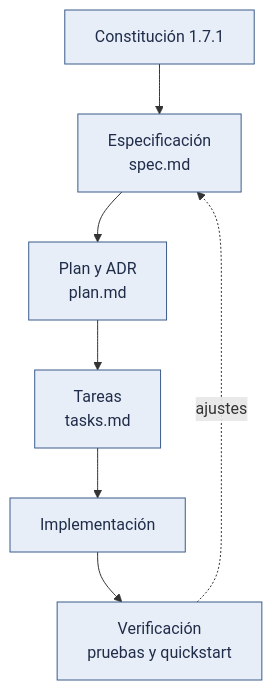
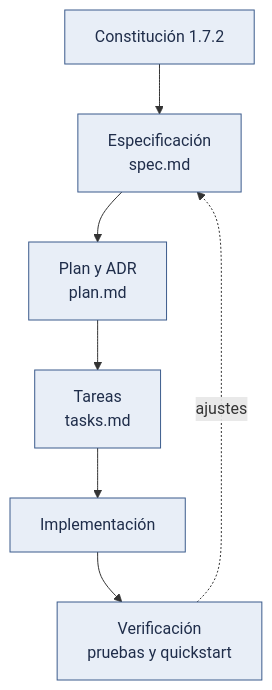
Before and after one commit to semcham/proyecto-final-barberia-ayacucho: the diagram in docs/05-gestion/03-sdd-spec-kit.md, drawn with Mermaid. The commit also changed other lines of this file and 6 other files, not shown here.

````diff
--- a/docs/05-gestion/03-sdd-spec-kit.md
+++ b/docs/05-gestion/03-sdd-spec-kit.md
@@ -14,16 +14,16 @@
 ```mermaid
 flowchart TB
-    A["Constitución 1.7.1"] --> B["Especificación<br/>spec.md"]
+    A["Constitución 1.7.2"] --> B["Especificación<br/>spec.md"]
     B --> C["Plan y ADR<br/>plan.md"]
     C --> D["Tareas<br/>tasks.md"]
     D --> E["Implementación"]
     E --> F["Verificación<br/>pruebas y quickstart"]
     F -.->|"ajustes"| B
 
     classDef implementado fill:#e8eef7,stroke:#3b5b8c,color:#1f2d4a
     classDef planificado fill:#e8eef7,stroke:#3b5b8c,color:#1f2d4a
     classDef externo fill:#fff3e0,stroke:#ef6c00,color:#e65100
     classDef datos fill:#e3f2fd,stroke:#1565c0,color:#0d47a1
     classDef rechazo fill:#ffebee,stroke:#c62828,color:#b71c1c
     class A,B,C,D,E,F implementado
 ```
````
